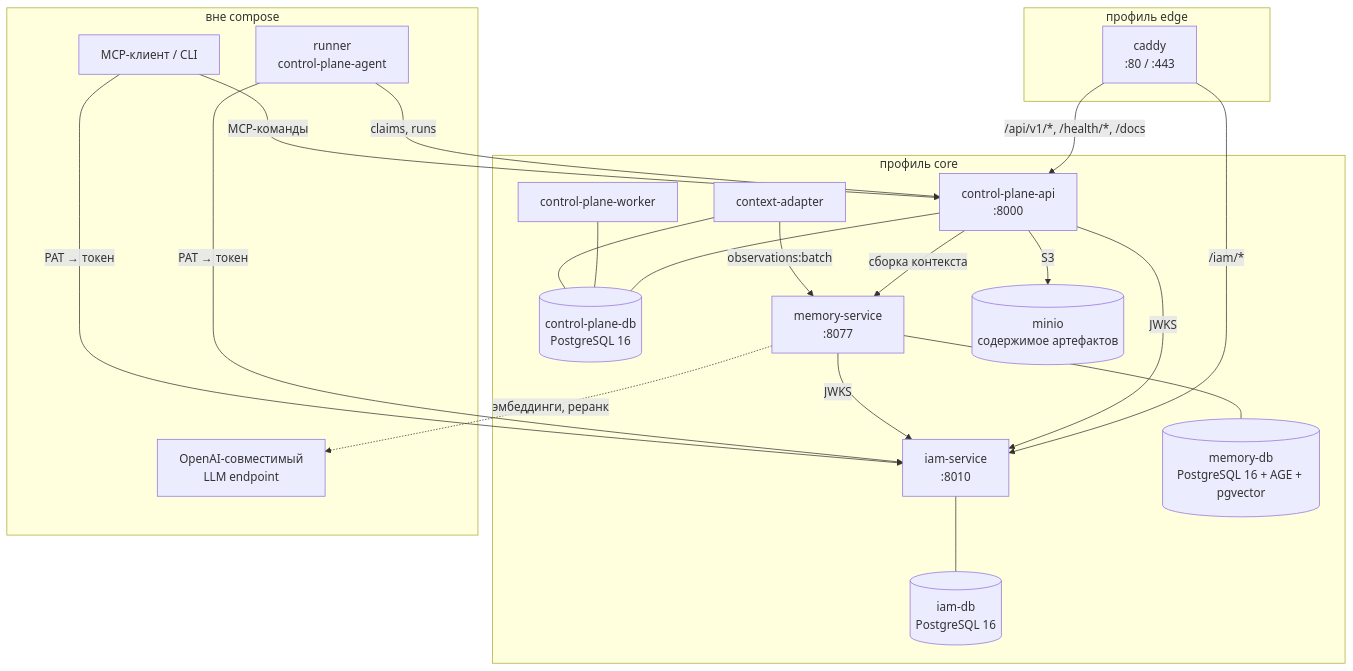
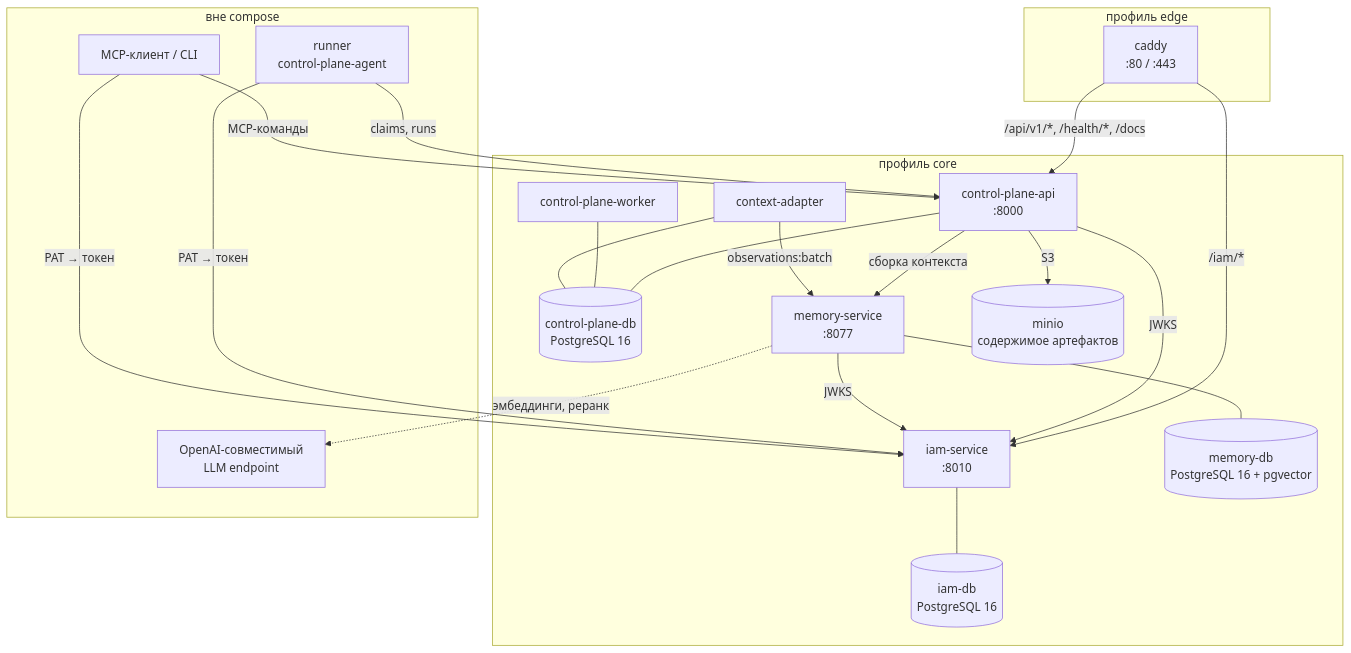
One commit to taimen-ai/taimen changed the first of 5 diagrams in guide/docs/overview/architecture.ru.md. Above: the diagram before and after it, drawn with Mermaid. The commit also changed 33 other files, not shown here.

Commit message:
guide: memory graph in PostgreSQL tables, not Apache AGE (regenerated from the platform guide)

````diff
--- a/guide/docs/overview/architecture.ru.md
+++ b/guide/docs/overview/architecture.ru.md
@@ -25,45 +25,45 @@
 ```mermaid
 flowchart TB
     subgraph edge["профиль edge"]
         CADDY[caddy<br/>:80 / :443]
     end
 
     subgraph core["профиль core"]
         IAM[iam-service<br/>:8010]
         IAMDB[(iam-db<br/>PostgreSQL 16)]
         CPAPI[control-plane-api<br/>:8000]
         CPW[control-plane-worker]
         CTX[context-adapter]
         CPDB[(control-plane-db<br/>PostgreSQL 16)]
         MEM[memory-service<br/>:8077]
-        MEMDB[(memory-db<br/>PostgreSQL 16 + AGE + pgvector)]
+        MEMDB[(memory-db<br/>PostgreSQL 16 + pgvector)]
         MINIO[(minio<br/>содержимое артефактов)]
     end
 
     subgraph ext["вне compose"]
         RUNNER[runner<br/>control-plane-agent]
         HARNESS[MCP-клиент / CLI]
         LLM[OpenAI-совместимый<br/>LLM endpoint]
     end
 
     CADDY -->|/iam/*| IAM
     CADDY -->|/api/v1/*, /health/*, /docs| CPAPI
 
     IAM --- IAMDB
     CPAPI --- CPDB
     CPW --- CPDB
     CTX --- CPDB
     MEM --- MEMDB
     CPAPI -->|S3| MINIO
 
     CPAPI -->|JWKS| IAM
     CPAPI -->|сборка контекста| MEM
     CTX -->|observations:batch| MEM
     MEM -->|JWKS| IAM
     MEM -.->|эмбеддинги, реранк| LLM
 
     RUNNER -->|PAT → токен| IAM
     RUNNER -->|claims, runs| CPAPI
     HARNESS -->|PAT → токен| IAM
     HARNESS -->|MCP-команды| CPAPI
 ```
````
